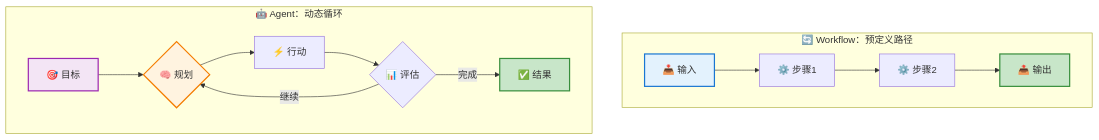
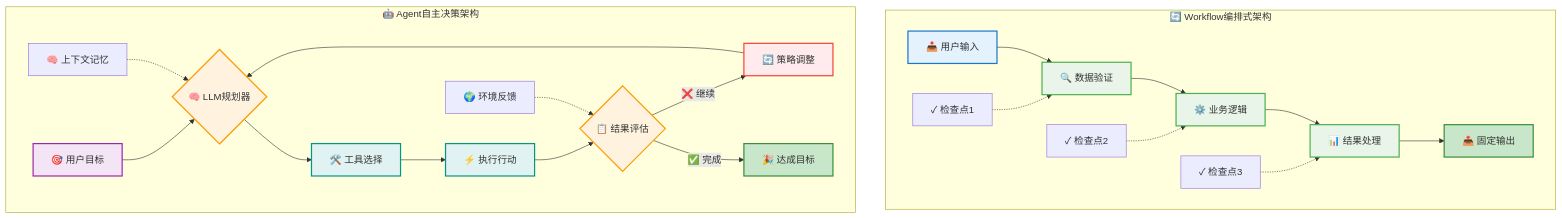
The second of 10 diagrams in agent/AI_Agent_完整入门指南.md (yxzf/claude-code-guide), drawn with Mermaid before and after one commit.

Commit message:
恢复架构图表的详细内容，保持横向布局
## 图表内容恢复
1. **Workflow架构**: 恢复完整的5步流程
   - 用户输入 → 数据验证 → 业务逻辑 → 结果处理 → 固定输出
   - 添加3个检查点的虚线连接

2. **Agent架构**: 恢复完整的决策循环
   - 用户目标 → LLM规划器 → 工具选择 → 执行行动 → 结果评估
   - 策略调整循环 + 环境反馈 + 上下文记忆

## 保持横向优化
- 使用 direction LR 确保子图内容横向排列
- 保持 graph TB 让两个架构垂直对比
- 恢复完整的颜色样式和节点类型

## 内容价值
现在图表既保持了清晰的横向布局，
又展示了完整的架构细节和复杂度对比。

````diff
--- a/agent/AI_Agent_完整入门指南.md
+++ b/agent/AI_Agent_完整入门指南.md
@@ -87,22 +87,42 @@
 ```mermaid
 graph TB
-    subgraph W ["🔄 Workflow：预定义路径"]
+    subgraph W ["🔄 Workflow编排式架构"]
         direction LR
-        W1[📥 输入] --> W2[⚙️ 步骤1] --> W3[⚙️ 步骤2] --> W4[📤 输出]
+        W1[📥 用户输入] --> W2[🔍 数据验证]
+        W2 --> W3[⚙️ 业务逻辑]
+        W3 --> W4[📊 结果处理]
+        W4 --> W5[📤 固定输出]
+        
+        W6[✓ 检查点1] -.-> W2
+        W7[✓ 检查点2] -.-> W3
+        W8[✓ 检查点3] -.-> W4
     end
     
-    subgraph A ["🤖 Agent：动态循环"]
+    subgraph A ["🤖 Agent自主决策架构"]
         direction LR
-        A1[🎯 目标] --> A2{🧠 规划}
-        A2 --> A3[⚡ 行动]
-        A3 --> A4{📊 评估}
-        A4 -->|继续| A2
-        A4 -->|完成| A5[✅ 结果]
+        A1[🎯 用户目标] --> A2{🧠 LLM规划器}
+        A2 --> A3[🛠️ 工具选择]
+        A3 --> A4[⚡ 执行行动]
+        A4 --> A5{📋 结果评估}
+        A5 -->|❌ 继续| A6[🔄 策略调整]
+        A6 --> A2
+        A5 -->|✅ 完成| A7[🎉 达成目标]
+        
+        A8[🌍 环境反馈] -.-> A5
+        A9[🧠 上下文记忆] -.-> A2
     end
     
     style W1 fill:#e3f2fd,stroke:#1976d2,stroke-width:2px
-    style W4 fill:#c8e6c9,stroke:#388e3c,stroke-width:2px
+    style W2 fill:#e8f5e8,stroke:#4caf50,stroke-width:2px
+    style W3 fill:#e8f5e8,stroke:#4caf50,stroke-width:2px
+    style W4 fill:#e8f5e8,stroke:#4caf50,stroke-width:2px
+    style W5 fill:#c8e6c9,stroke:#388e3c,stroke-width:2px
+    
     style A1 fill:#f3e5f5,stroke:#9c27b0,stroke-width:2px
-    style A2 fill:#fff3e0,stroke:#f57c00,stroke-width:2px
-    style A5 fill:#c8e6c9,stroke:#388e3c,stroke-width:2px
+    style A2 fill:#fff3e0,stroke:#ff9800,stroke-width:2px
+    style A3 fill:#e0f2f1,stroke:#009688,stroke-width:2px
+    style A4 fill:#e0f2f1,stroke:#009688,stroke-width:2px
+    style A5 fill:#fff3e0,stroke:#ff9800,stroke-width:2px
+    style A6 fill:#ffebee,stroke:#f44336,stroke-width:2px
+    style A7 fill:#c8e6c9,stroke:#388e3c,stroke-width:2px
 ```
````
